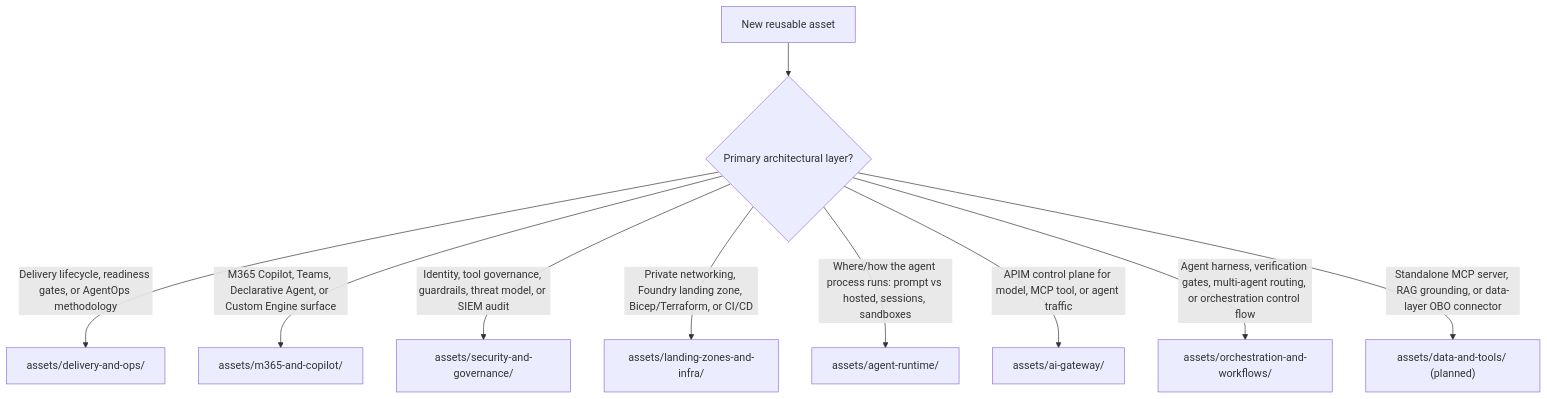
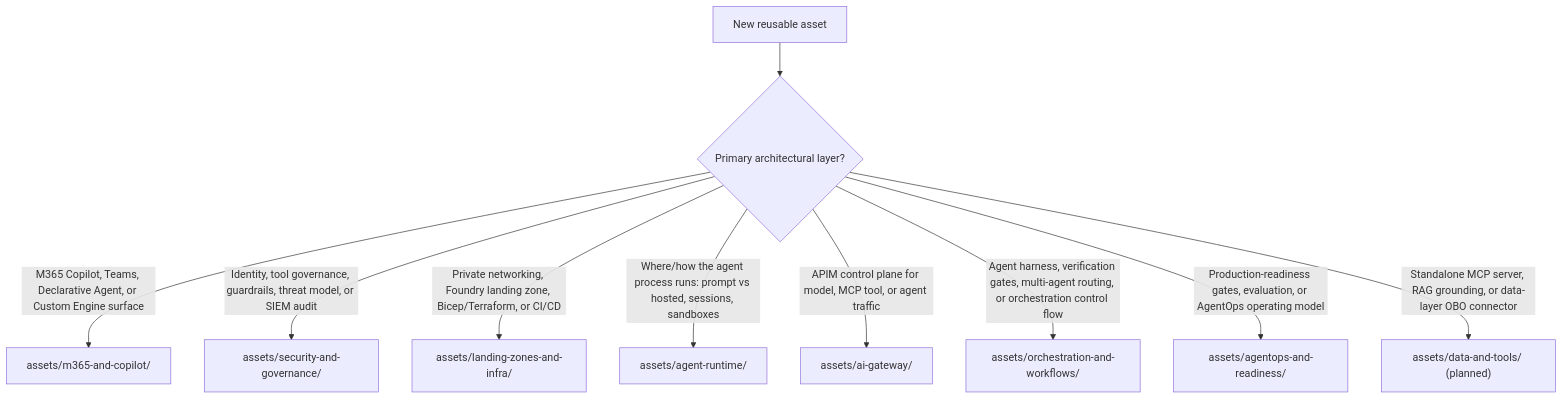
One commit to microsoft/azure-genai-design-patterns changed the diagram in assets/README.md. Above: the diagram before and after it, drawn with Mermaid. The commit also changed other lines of this file and 64 other files, not shown here.

````diff
--- a/assets/README.md
+++ b/assets/README.md
@@ -22,12 +22,12 @@
 ```mermaid
 flowchart TD
     A["New reusable asset"] --> B{"Primary architectural layer?"}
-    B -- "Delivery lifecycle, readiness gates, or AgentOps methodology" --> C1["assets/delivery-and-ops/"]
     B -- "M365 Copilot, Teams, Declarative Agent, or Custom Engine surface" --> C2["assets/m365-and-copilot/"]
     B -- "Identity, tool governance, guardrails, threat model, or SIEM audit" --> C3["assets/security-and-governance/"]
     B -- "Private networking, Foundry landing zone, Bicep/Terraform, or CI/CD" --> C4["assets/landing-zones-and-infra/"]
     B -- "Where/how the agent process runs: prompt vs hosted, sessions, sandboxes" --> C7["assets/agent-runtime/"]
     B -- "APIM control plane for model, MCP tool, or agent traffic" --> C8["assets/ai-gateway/"]
     B -- "Agent harness, verification gates, multi-agent routing, or orchestration control flow" --> C5["assets/orchestration-and-workflows/"]
+    B -- "Production-readiness gates, evaluation, or AgentOps operating model" --> C1["assets/agentops-and-readiness/"]
     B -- "Standalone MCP server, RAG grounding, or data-layer OBO connector" --> C6["assets/data-and-tools/ (planned)"]
 ```
````
